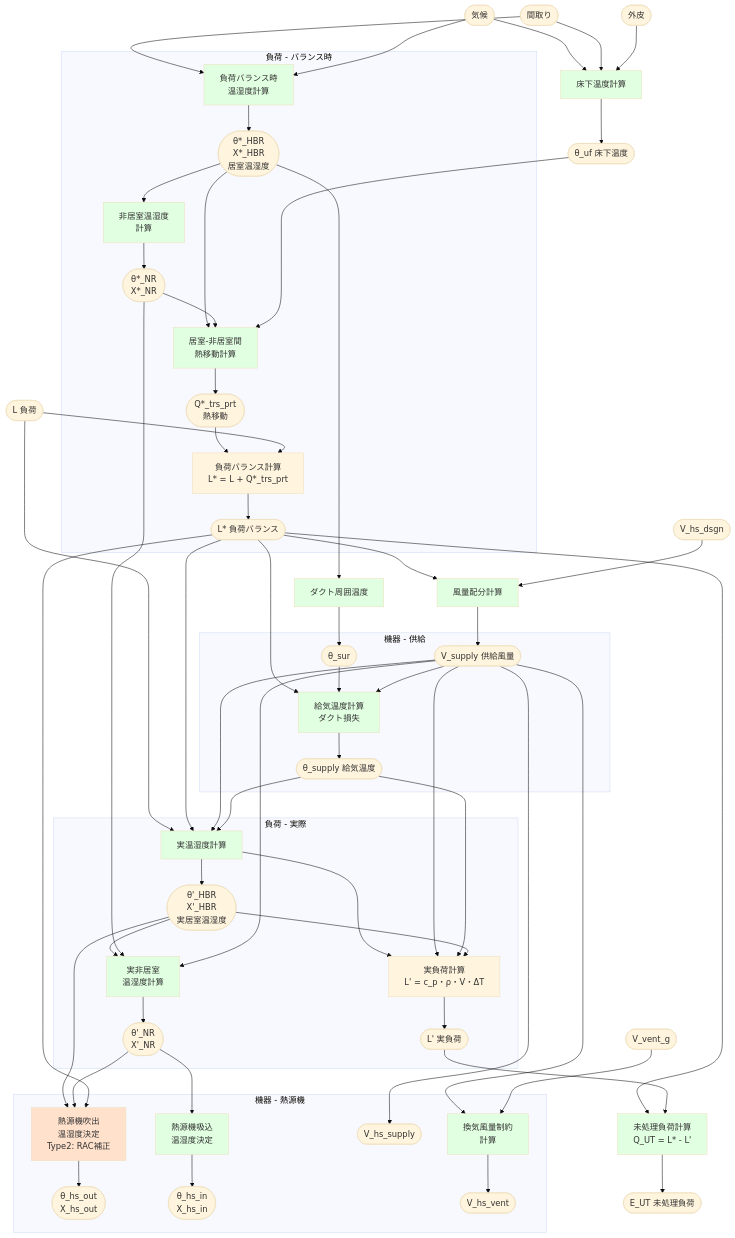
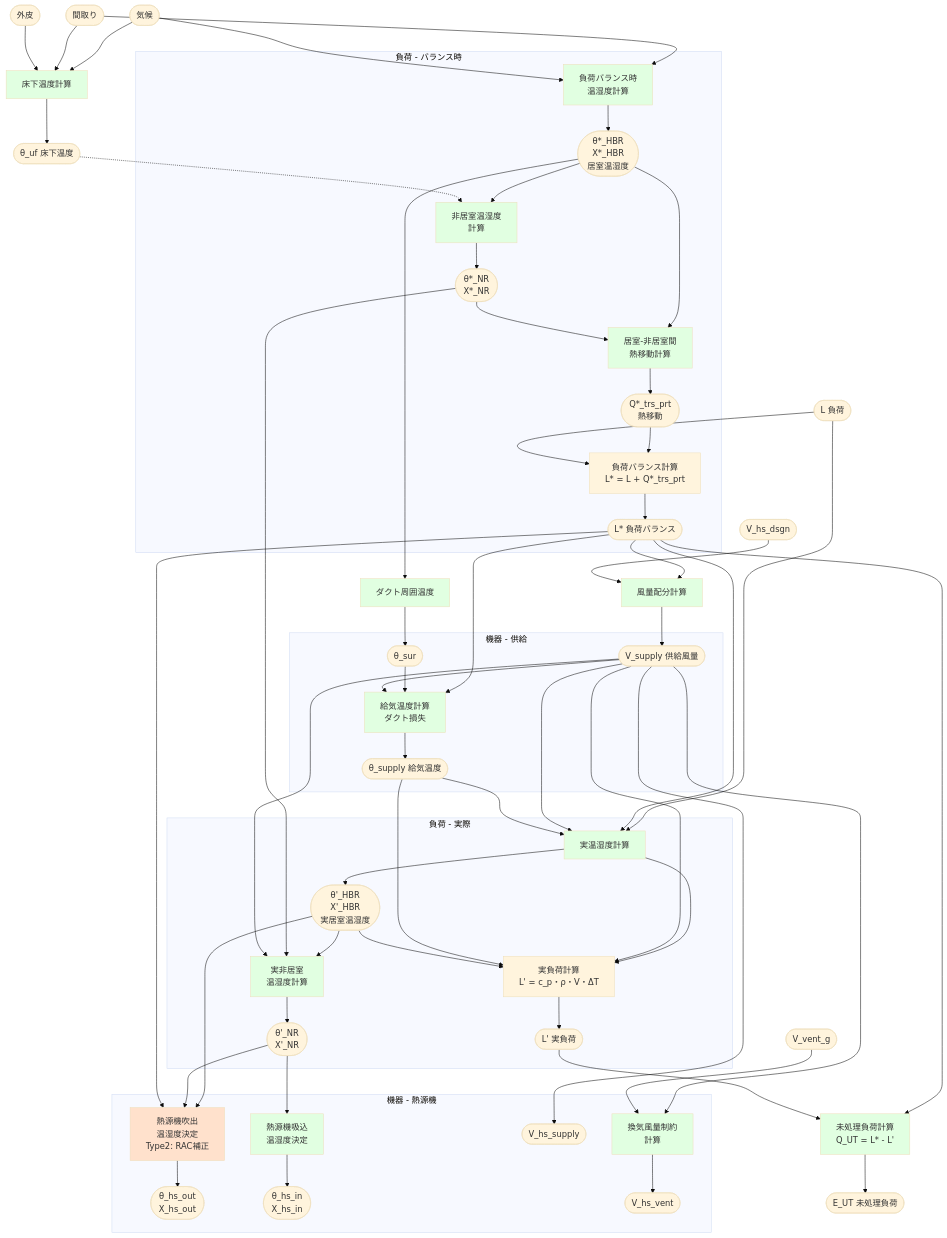
One commit to iguchi-lab/Verification-Platform-Next changed the third of 6 diagrams in docs/計算フロー_タイプ1・2.md. Above: the diagram before and after it, drawn with Mermaid (base theme).

Commit message:
docs: ステップ2フローチャートのTheta_uf接続先を修正
Theta_uf（床下温度）の矢印先を Trans から NR_star に修正。

実装上、Theta_uf は居室-非居室間熱移動計算（Trans）には直接渡されず、
非居室温湿度計算（NR_star）の入力として使用される。
Trans は NR_star の出力（Theta_NR_star）を介して間接的に Theta_uf の影響を受ける。

また、Theta_uf の適用はオプション条件時のみのため、
通常の実線矢印（-->）から破線矢印（-.->）に変更し、条件付きフローであることを明示。

```diff
--- a/docs/計算フロー_タイプ1・2.md
+++ b/docs/計算フロー_タイプ1・2.md
@@ -188,7 +188,7 @@
     Q_trs --> L_bal_calc[負荷バランス計算<br/>L* = L + Q*_trs_prt]
     L_bal_calc --> L_bal([L* 負荷バランス])
 end
-Theta_uf --> Trans
+Theta_uf -.-> NR_star
 L --> L_bal_calc
 
 L_bal --> Vol[風量配分計算]
```
